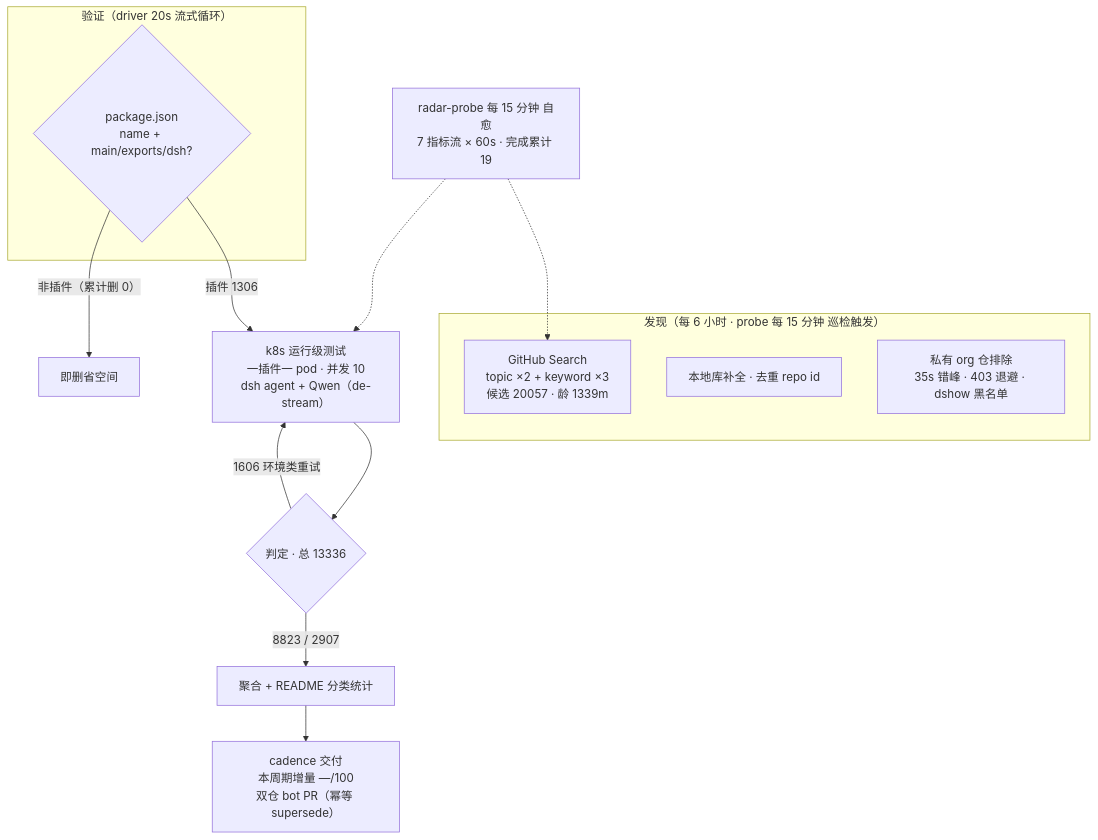
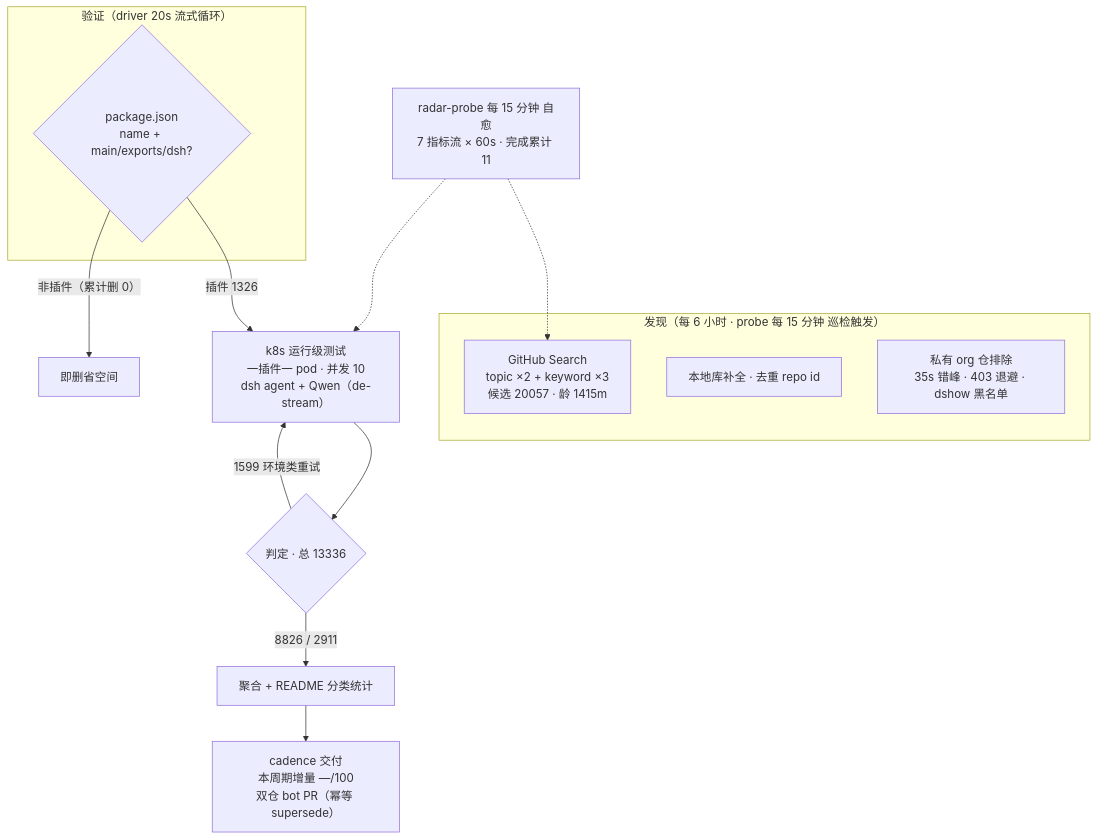
The diagram in README.md (Zhidao-Lab-OSS/awesome-dsh-plugins), drawn with Mermaid before and after one commit. The commit also changed other lines of this file and 1 other file, not shown here.

````diff
--- a/README.md
+++ b/README.md
@@ -53,20 +54,20 @@
 ```mermaid
 flowchart TB
     subgraph Discovery["发现（每 6 小时 · probe 每 15 分钟 巡检触发）"]
-        A1["GitHub Search<br/>topic ×2 + keyword ×3<br/>候选 20057 · 龄 1339m"]
+        A1["GitHub Search<br/>topic ×2 + keyword ×3<br/>候选 20057 · 龄 1415m"]
         A2["本地库补全 · 去重 repo id"]
         A3["私有 org 仓排除<br/>35s 错峰 · 403 退避 · dshow 黑名单"]
     end
     subgraph Validation["验证（driver 20s 流式循环）"]
         B1{"package.json<br/>name + main/exports/dsh?"}
     end
-    B1 -->|"插件 1306"| C1["k8s 运行级测试<br/>一插件一 pod · 并发 10<br/>dsh agent + Qwen（de-stream）"]
+    B1 -->|"插件 1326"| C1["k8s 运行级测试<br/>一插件一 pod · 并发 10<br/>dsh agent + Qwen（de-stream）"]
     B1 -->|"非插件（累计删 0）"| B3["即删省空间"]
     C1 --> D1{"判定 · 总 13336"}
-    D1 -->|"8823 / 2907"| E1["聚合 + README 分类统计"]
-    D1 -->|"1606 环境类重试"| C1
+    D1 -->|"8826 / 2911"| E1["聚合 + README 分类统计"]
+    D1 -->|"1599 环境类重试"| C1
     E1 --> E2["cadence 交付<br/>本周期增量 —/100<br/>双仓 bot PR（幂等 supersede）"]
-    M["radar-probe 每 15 分钟 自愈<br/>7 指标流 × 60s · 完成累计 19"]
+    M["radar-probe 每 15 分钟 自愈<br/>7 指标流 × 60s · 完成累计 11"]
     M -.-> A1
     M -.-> C1
 ```
````
